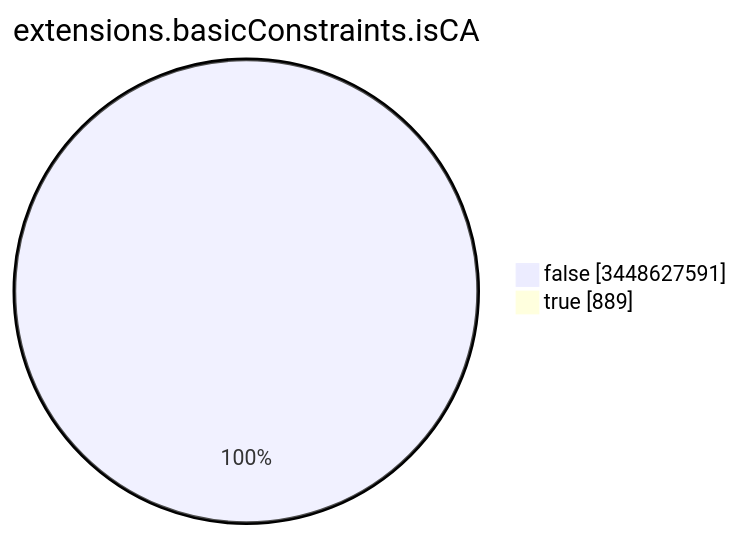
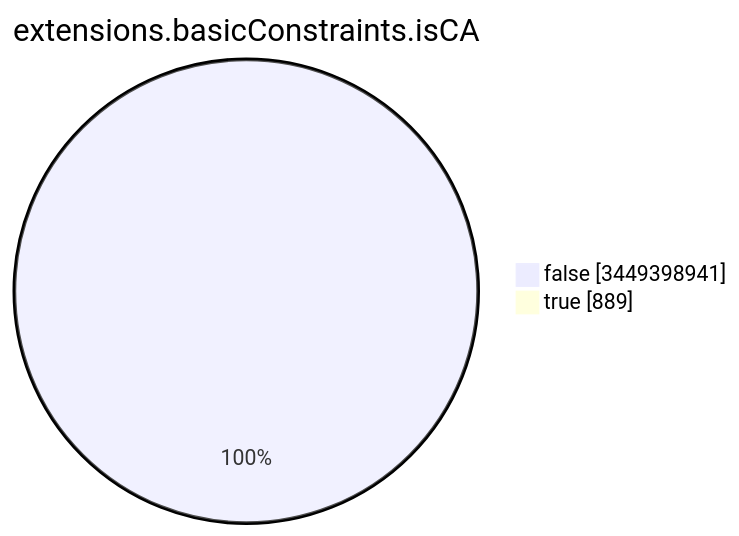
One commit to christiankrug/ctmonitor_visualization changed the seventh of 15 diagrams in TOTAL/README.md. Above: the diagram before and after it, drawn with Mermaid. The commit also changed other lines of this file, not shown here.

````diff
--- a/TOTAL/README.md
+++ b/TOTAL/README.md
@@ -3092,6 +3092,6 @@
 ```mermaid
 pie showData
 title extensions.basicConstraints.isCA
-"false" :3448627591
+"false" :3449398941
 "true" :889
 ```
````
